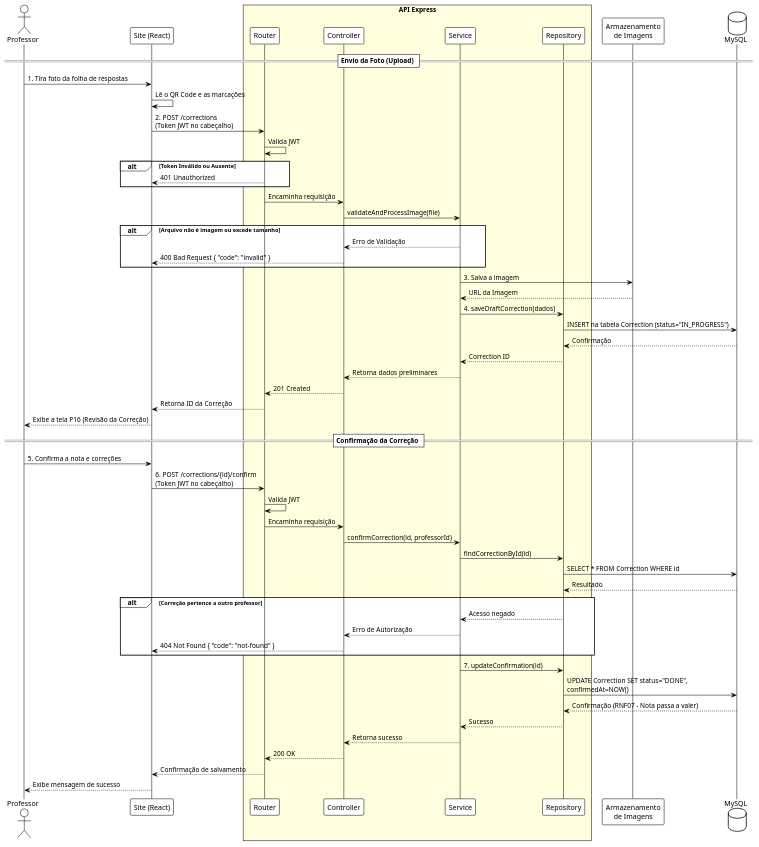
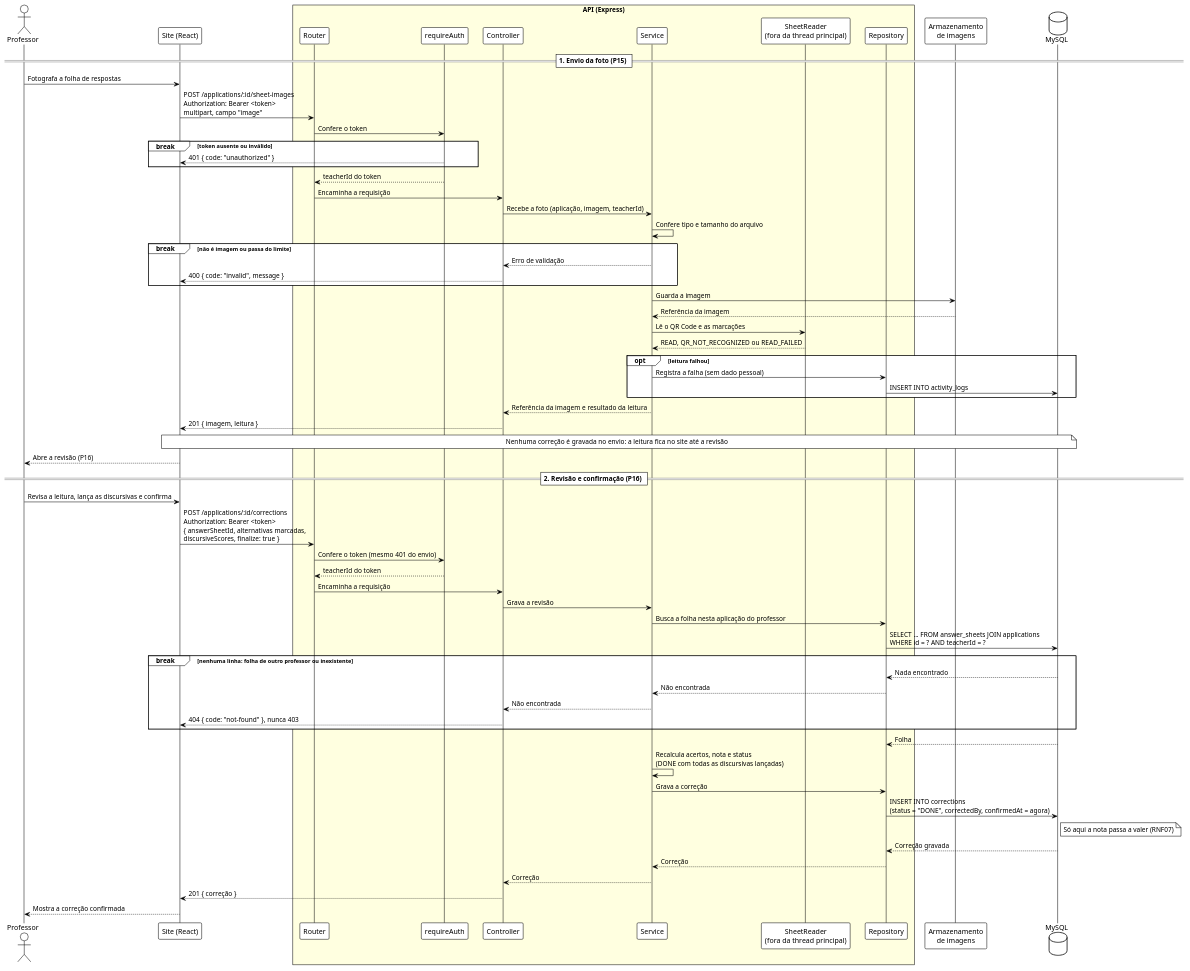
Before and after one commit to PrieTorres/correctio-app: the diagram in docs/uml/sequence-diagram.puml, drawn with PlantUML. The commit also changed 1 other file, not shown here.

Commit message:
docs: follow the routes of #47 in the sequence diagram, with the reading on the server and errors as break

```diff
--- a/docs/uml/sequence-diagram.puml
+++ b/docs/uml/sequence-diagram.puml
@@ -1,70 +1,77 @@
-@startuml
+@startuml sequence-diagram
+' Sequence of the grading flow in the N2: the teacher sends the photo of one
+' answer sheet, reviews what the API read and confirms. Routes and timing follow
+' issue #47: sending a photo stores no correction; the correction is only
+' written when the teacher saves the review, and the grade counts once it is
+' finalized (RNF07). Errors use break, because each one ends the request.
 !theme plain
 skinparam responseMessageBelowArrow true
 
 actor "Professor" as Prof
 participant "Site (React)" as Front
-box "API Express" #LightYellow
-    participant "Router" as Rota
+box "API (Express)" #LightYellow
+    participant "Router" as Route
+    participant "requireAuth" as Auth
     participant "Controller" as Ctrl
     participant "Service" as Serv
+    participant "SheetReader\n(fora da thread principal)" as Reader
     participant "Repository" as Repo
 end box
-participant "Armazenamento\nde Imagens" as Storage
+participant "Armazenamento\nde imagens" as Storage
 database "MySQL" as DB
 
-== Envio da Foto (Upload) ==
-Prof -> Front: 1. Tira foto da folha de respostas
-Front -> Front: Lê o QR Code e as marcações
-Front -> Rota: 2. POST /corrections\n(Token JWT no cabeçalho)
-Rota -> Rota: Valida JWT
+== 1. Envio da foto (P15) ==
+Prof -> Front: Fotografa a folha de respostas
+Front -> Route: POST /applications/:id/sheet-images\nAuthorization: Bearer <token>\nmultipart, campo "image"
+Route -> Auth: Confere o token
+break token ausente ou inválido
+    Auth --> Front: 401 { code: "unauthorized" }
+end
+Auth --> Route: teacherId do token
+Route -> Ctrl: Encaminha a requisição
+Ctrl -> Serv: Recebe a foto (aplicação, imagem, teacherId)
+Serv -> Serv: Confere tipo e tamanho do arquivo
+break não é imagem ou passa do limite
+    Serv --> Ctrl: Erro de validação
+    Ctrl --> Front: 400 { code: "invalid", message }
+end
+Serv -> Storage: Guarda a imagem
+Storage --> Serv: Referência da imagem
+Serv -> Reader: Lê o QR Code e as marcações
+Reader --> Serv: READ, QR_NOT_RECOGNIZED ou READ_FAILED
+opt leitura falhou
+    Serv -> Repo: Registra a falha (sem dado pessoal)
+    Repo -> DB: INSERT INTO activity_logs
+end
+Serv --> Ctrl: Referência da imagem e resultado da leitura
+Ctrl --> Front: 201 { imagem, leitura }
+note over Front, DB: Nenhuma correção é gravada no envio: a leitura fica no site até a revisão
+Front --> Prof: Abre a revisão (P16)
 
-alt Token Inválido ou Ausente
-    Rota --> Front: 401 Unauthorized
+== 2. Revisão e confirmação (P16) ==
+Prof -> Front: Revisa a leitura, lança as discursivas e confirma
+Front -> Route: POST /applications/:id/corrections\nAuthorization: Bearer <token>\n{ answerSheetId, alternativas marcadas,\ndiscursiveScores, finalize: true }
+Route -> Auth: Confere o token (mesmo 401 do envio)
+Auth --> Route: teacherId do token
+Route -> Ctrl: Encaminha a requisição
+Ctrl -> Serv: Grava a revisão
+Serv -> Repo: Busca a folha nesta aplicação do professor
+Repo -> DB: SELECT ... FROM answer_sheets JOIN applications\nWHERE id = ? AND teacherId = ?
+break nenhuma linha: folha de outro professor ou inexistente
+    DB --> Repo: Nada encontrado
+    Repo --> Serv: Não encontrada
+    Serv --> Ctrl: Não encontrada
+    Ctrl --> Front: 404 { code: "not-found" }, nunca 403
 end
-
-Rota -> Ctrl: Encaminha requisição
-Ctrl -> Serv: validateAndProcessImage(file)
-
-alt Arquivo não é imagem ou excede tamanho
-    Serv --> Ctrl: Erro de Validação
-    Ctrl --> Front: 400 Bad Request { "code": "invalid" }
-end
-
-Serv -> Storage: 3. Salva a imagem
-Storage --> Serv: URL da Imagem
-Serv -> Repo: 4. saveDraftCorrection(dados)
-Repo -> DB: INSERT na tabela Correction (status="IN_PROGRESS")
-DB --> Repo: Confirmação
-Repo --> Serv: Correction ID
-Serv --> Ctrl: Retorna dados preliminares
-Ctrl --> Rota: 201 Created
-Rota --> Front: Retorna ID da Correção
-Front --> Prof: Exibe a tela P16 (Revisão da Correção)
-
-== Confirmação da Correção ==
-Prof -> Front: 5. Confirma a nota e correções
-Front -> Rota: 6. POST /corrections/{id}/confirm\n(Token JWT no cabeçalho)
-Rota -> Rota: Valida JWT
-Rota -> Ctrl: Encaminha requisição
-Ctrl -> Serv: confirmCorrection(id, professorId)
-Serv -> Repo: findCorrectionById(id)
-Repo -> DB: SELECT * FROM Correction WHERE id
-DB --> Repo: Resultado
-
-alt Correção pertence a outro professor
-    Repo --> Serv: Acesso negado
-    Serv --> Ctrl: Erro de Autorização
-    Ctrl --> Front: 404 Not Found { "code": "not-found" }
-end
-
-Serv -> Repo: 7. updateConfirmation(id)
-Repo -> DB: UPDATE Correction SET status="DONE", \nconfirmedAt=NOW()
-DB --> Repo: Confirmação (RNF07 - Nota passa a valer)
-Repo --> Serv: Sucesso
-Serv --> Ctrl: Retorna sucesso
-Ctrl --> Rota: 200 OK
-Rota --> Front: Confirmação de salvamento
-Front --> Prof: Exibe mensagem de sucesso
+DB --> Repo: Folha
+Serv -> Serv: Recalcula acertos, nota e status\n(DONE com todas as discursivas lançadas)
+Serv -> Repo: Grava a correção
+Repo -> DB: INSERT INTO corrections\n(status = "DONE", correctedBy, confirmedAt = agora)
+note right of DB: Só aqui a nota passa a valer (RNF07)
+DB --> Repo: Correção gravada
+Repo --> Serv: Correção
+Serv --> Ctrl: Correção
+Ctrl --> Front: 201 { correção }
+Front --> Prof: Mostra a correção confirmada
 
 @enduml
```
